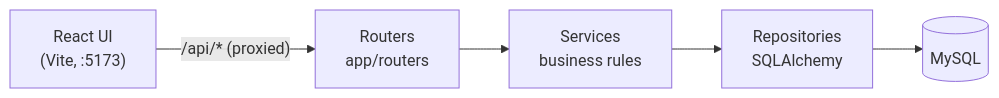
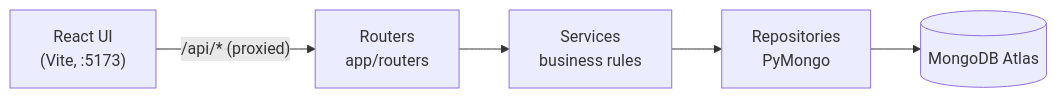
One commit to GitRaymond-Chen/Simple-Bank-Application changed the first of 2 diagrams in README.md. Above: the diagram before and after it, drawn with Mermaid. The commit also changed other lines of this file and 16 other files, not shown here.

First line of the commit message:
Step 7: Switch database from MySQL to MongoDB Atlas

````diff
--- a/README.md
+++ b/README.md
@@ -56,7 +57,7 @@
 ```mermaid
 flowchart LR
     UI["React UI<br/>(Vite, :5173)"] -- "/api/* (proxied)" --> R["Routers<br/>app/routers"]
     R --> S["Services<br/>business rules"]
-    S --> Repo["Repositories<br/>SQLAlchemy"]
-    Repo --> DB[("MySQL")]
+    S --> Repo["Repositories<br/>PyMongo"]
+    Repo --> DB[("MongoDB Atlas")]
 ```
````
